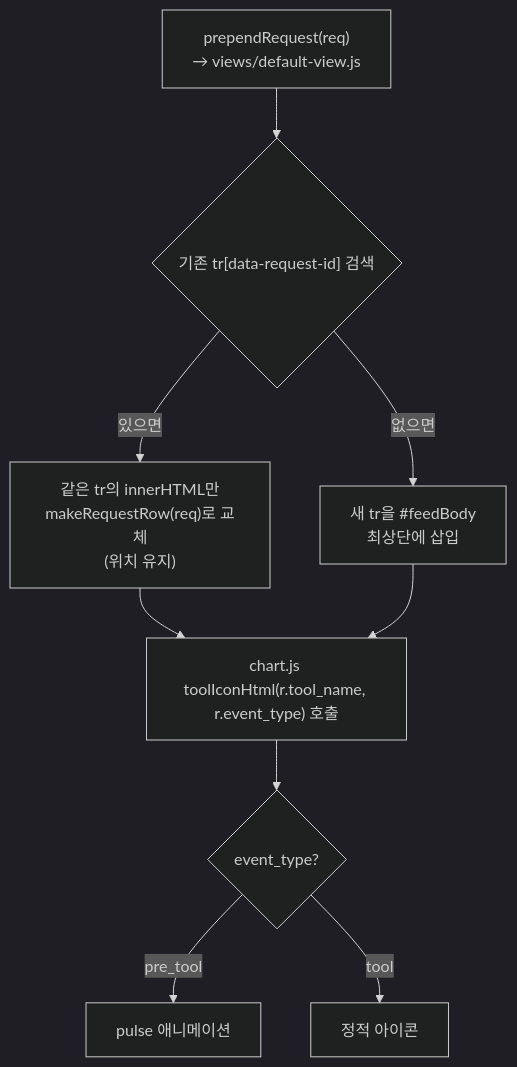
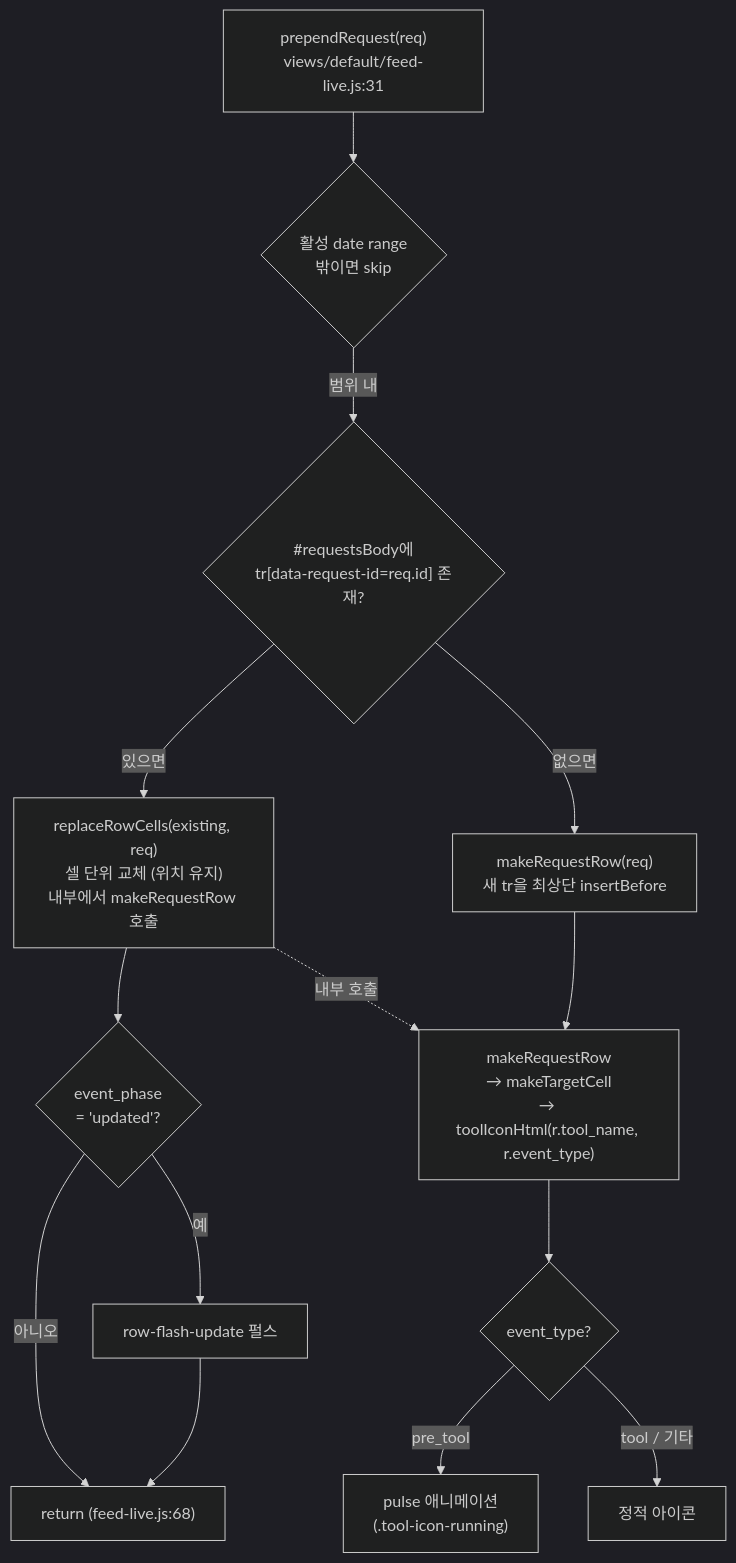
The second of 4 diagrams in docs/architecture/data-flow.md (gmoon92/claude-spyglass), drawn with Mermaid (dark theme) before and after one commit. The commit also changed other lines of this file and 23 other files, not shown here.

First line of the commit message:
docs(architecture): 아키텍처 문서·README 소스 기준 현행화

````diff
--- a/docs/architecture/data-flow.md
+++ b/docs/architecture/data-flow.md
@@ -445,11 +454,16 @@
 ```mermaid
 flowchart TD
-  A["prependRequest(req)\n→ views/default-view.js"] --> B{"기존 tr[data-request-id] 검색"}
-  B -- "있으면" --> C["같은 tr의 innerHTML만\nmakeRequestRow(req)로 교체\n(위치 유지)"]
-  B -- "없으면" --> D["새 tr을 #feedBody\n최상단에 삽입"]
-  C --> E["chart.js toolIconHtml(r.tool_name, r.event_type) 호출"]
-  D --> E
+  A["prependRequest(req)\nviews/default/feed-live.js:31"] --> R{"활성 date range\n밖이면 skip"}
+  R -- "범위 내" --> B{"#requestsBody에\ntr[data-request-id=req.id] 존재?"}
+  B -- "있으면" --> C["replaceRowCells(existing, req)\n셀 단위 교체 (위치 유지)\n내부에서 makeRequestRow 호출"]
+  C --> C2{"event_phase\n= 'updated'?"}
+  C2 -- "예" --> C3["row-flash-update 펄스"]
+  C2 -- "아니오" --> C4["return (feed-live.js:68)"]
+  C3 --> C4
+  B -- "없으면" --> D["makeRequestRow(req)\n새 tr을 최상단 insertBefore"]
+  C -. "내부 호출" .-> E
+  D --> E["makeRequestRow\n→ makeTargetCell\n→ toolIconHtml(r.tool_name, r.event_type)"]
   E --> F{"event_type?"}
-  F -- "pre_tool" --> G["pulse 애니메이션"]
-  F -- "tool" --> H["정적 아이콘"]
+  F -- "pre_tool" --> G["pulse 애니메이션\n(.tool-icon-running)"]
+  F -- "tool / 기타" --> H["정적 아이콘"]
 ```
````
